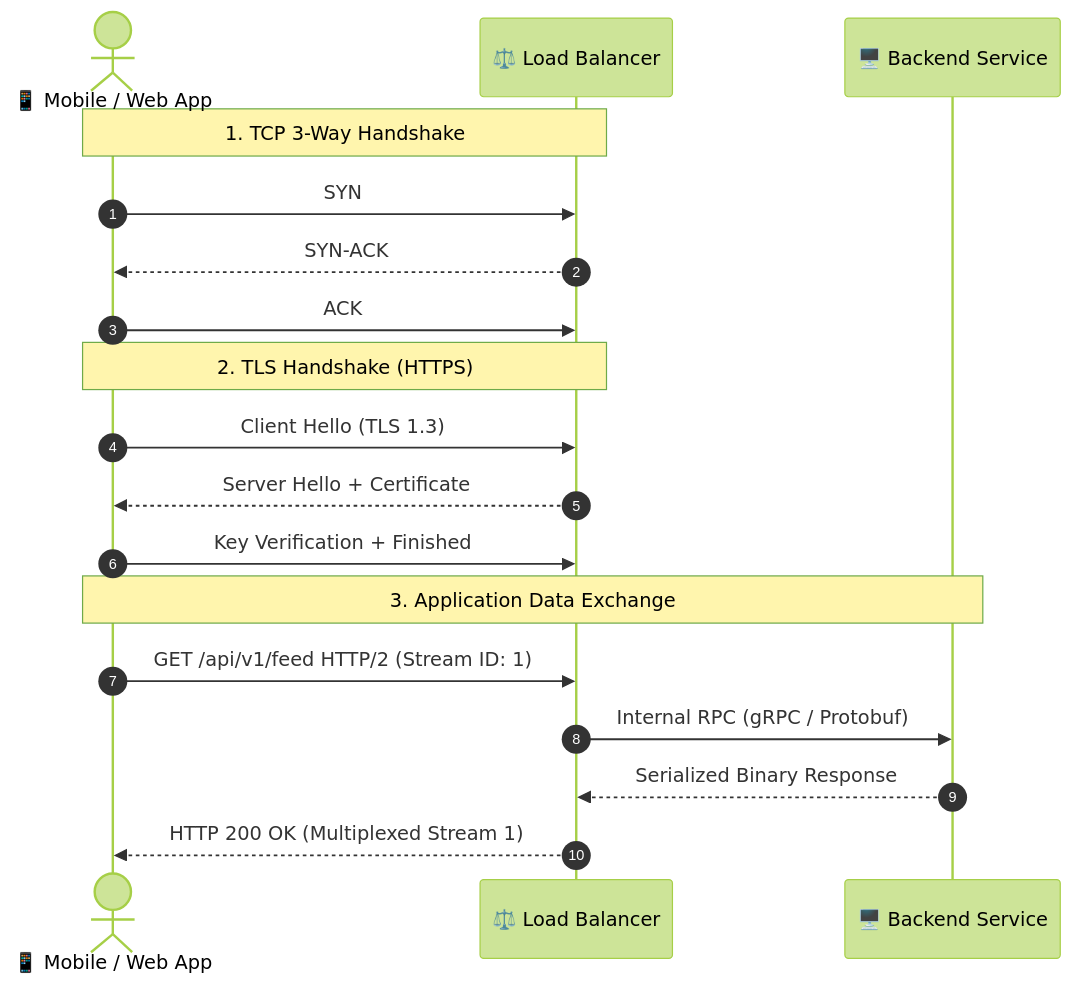
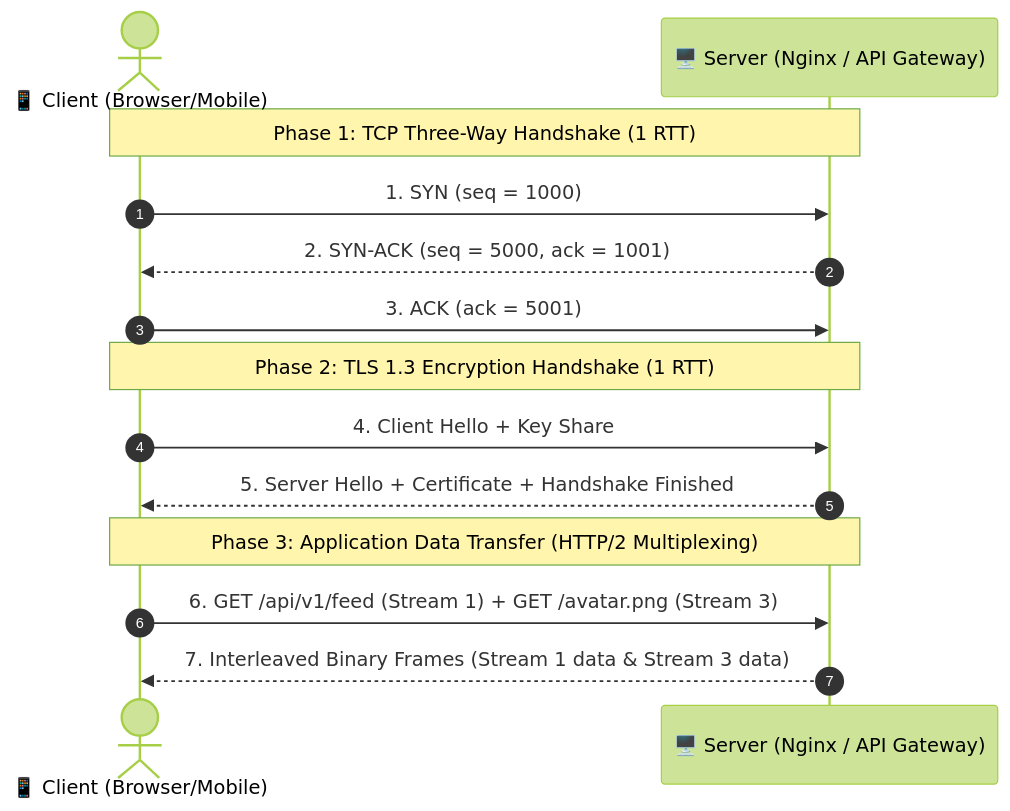
Before and after one commit to Aniketchavan7/system-design-illustrated: the first of 2 diagrams in 01-client-server-networking/README.md, drawn with Mermaid (forest theme). The commit also changed other lines of this file and 26 other files, not shown here.

Commit message:
fix: correct factual errors, broken diagrams and formulas; replace generic trade-offs with topic-specific ones

````diff
--- a/01-client-server-networking/README.md
+++ b/01-client-server-networking/README.md
@@ -18,23 +55,19 @@
 ```mermaid
 sequenceDiagram
     autonumber
-    actor Client as 📱 Mobile / Web App
-    participant LB as ⚖️ Load Balancer
-    participant Server as 🖥️ Backend Service
+    actor Client as 📱 Client (Browser/Mobile)
+    participant Server as 🖥️ Server (Nginx / API Gateway)
 
-    Note over Client,LB: 1. TCP 3-Way Handshake
-    Client->>LB: SYN
-    LB-->>Client: SYN-ACK
-    Client->>LB: ACK
+    Note over Client,Server: Phase 1: TCP Three-Way Handshake (1 RTT)
+    Client->>Server: 1. SYN (seq = 1000)
+    Server-->>Client: 2. SYN-ACK (seq = 5000, ack = 1001)
+    Client->>Server: 3. ACK (ack = 5001)
 
-    Note over Client,LB: 2. TLS Handshake (HTTPS)
-    Client->>LB: Client Hello (TLS 1.3)
-    LB-->>Client: Server Hello + Certificate
-    Client->>LB: Key Verification + Finished
+    Note over Client,Server: Phase 2: TLS 1.3 Encryption Handshake (1 RTT)
+    Client->>Server: 4. Client Hello + Key Share
+    Server-->>Client: 5. Server Hello + Certificate + Handshake Finished
 
-    Note over Client,Server: 3. Application Data Exchange
-    Client->>LB: GET /api/v1/feed HTTP/2 (Stream ID: 1)
-    LB->>Server: Internal RPC (gRPC / Protobuf)
-    Server-->>LB: Serialized Binary Response
-    LB-->>Client: HTTP 200 OK (Multiplexed Stream 1)
+    Note over Client,Server: Phase 3: Application Data Transfer (HTTP/2 Multiplexing)
+    Client->>Server: 6. GET /api/v1/feed (Stream 1) + GET /avatar.png (Stream 3)
+    Server-->>Client: 7. Interleaved Binary Frames (Stream 1 data & Stream 3 data)
 ```
````
